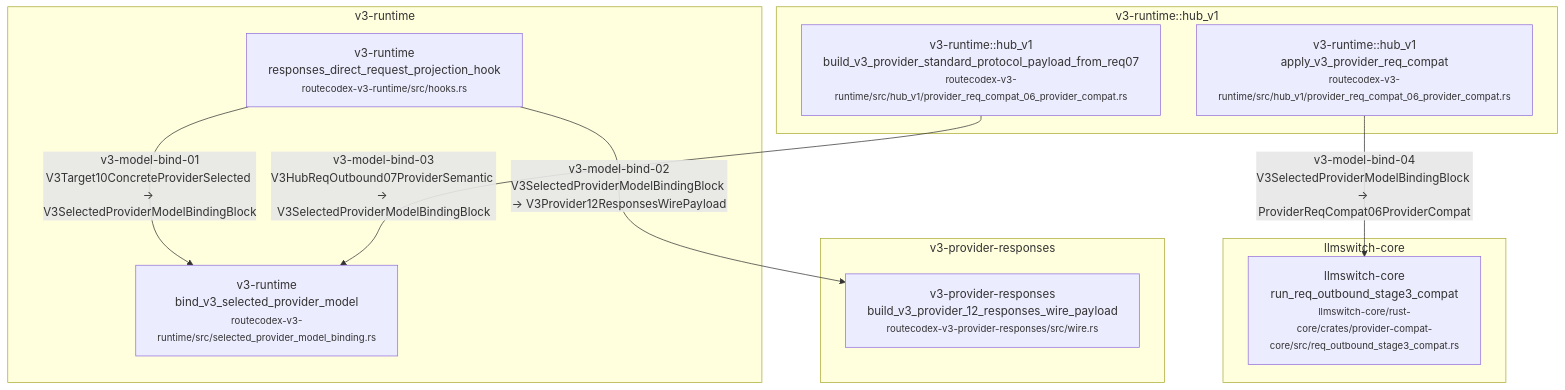
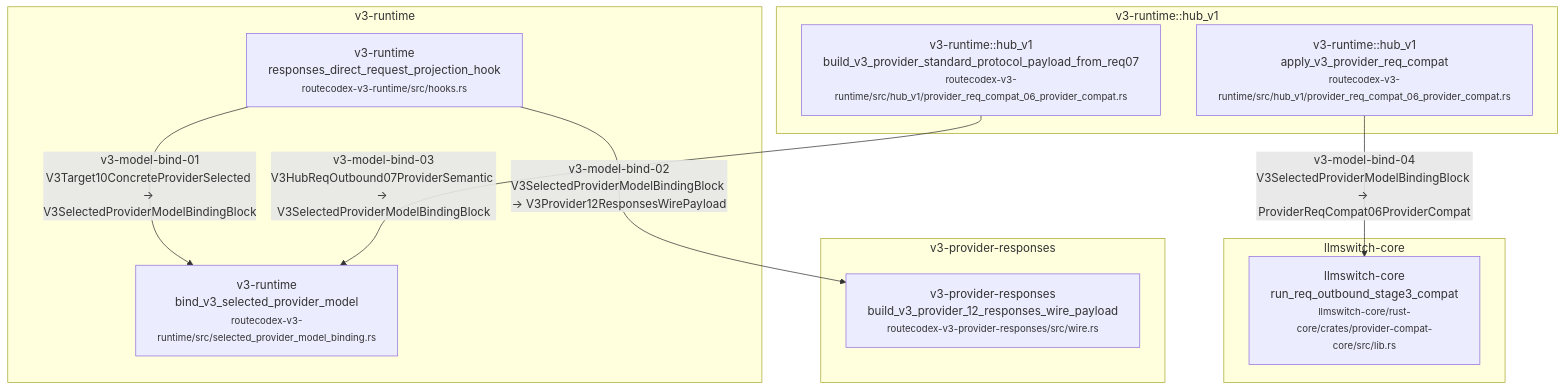
One commit to Jasonzhangf/routecodex changed diagram 39 of 39 in docs/architecture/wiki/v3-mainline-caller-flow.md. Above: the diagram before and after it, drawn with Mermaid. The commit also changed other lines of this file and 37 other files, not shown here.

````diff
--- a/docs/architecture/wiki/v3-mainline-caller-flow.md
+++ b/docs/architecture/wiki/v3-mainline-caller-flow.md
@@ -1626,21 +1626,21 @@
 ```mermaid
 flowchart TD
   subgraph c_37_v3_selected_provider_model_binding_m_llmswitch_core["llmswitch-core"]
-    c_37_v3_selected_provider_model_binding_5["llmswitch-core<br/>run_req_outbound_stage3_compat<br/><small>llmswitch-core/rust-core/crates/provider-compat-core/src/req_outbound_stage3_compat.rs</small>"]
+    c_37_v3_selected_provider_model_binding_5["llmswitch-core<br/>run_req_outbound_stage3_compat<br/><small>llmswitch-core/rust-core/crates/provider-compat-core/src/lib.rs</small>"]
   end
   subgraph c_37_v3_selected_provider_model_binding_m_v3_provider_responses["v3-provider-responses"]
     c_37_v3_selected_provider_model_binding_2["v3-provider-responses<br/>build_v3_provider_12_responses_wire_payload<br/><small>routecodex-v3-provider-responses/src/wire.rs</small>"]
   end
   subgraph c_37_v3_selected_provider_model_binding_m_v3_runtime["v3-runtime"]
     c_37_v3_selected_provider_model_binding_0["v3-runtime<br/>responses_direct_request_projection_hook<br/><small>routecodex-v3-runtime/src/hooks.rs</small>"]
     c_37_v3_selected_provider_model_binding_1["v3-runtime<br/>bind_v3_selected_provider_model<br/><small>routecodex-v3-runtime/src/selected_provider_model_binding.rs</small>"]
   end
   subgraph c_37_v3_selected_provider_model_binding_m_v3_runtime__hub_v1["v3-runtime::hub_v1"]
     c_37_v3_selected_provider_model_binding_3["v3-runtime::hub_v1<br/>build_v3_provider_standard_protocol_payload_from_req07<br/><small>routecodex-v3-runtime/src/hub_v1/provider_req_compat_06_provider_compat.rs</small>"]
     c_37_v3_selected_provider_model_binding_4["v3-runtime::hub_v1<br/>apply_v3_provider_req_compat<br/><small>routecodex-v3-runtime/src/hub_v1/provider_req_compat_06_provider_compat.rs</small>"]
   end
   c_37_v3_selected_provider_model_binding_0 -->|v3-model-bind-01<br/>V3Target10ConcreteProviderSelected → V3SelectedProviderModelBindingBlock| c_37_v3_selected_provider_model_binding_1
   c_37_v3_selected_provider_model_binding_0 -->|v3-model-bind-02<br/>V3SelectedProviderModelBindingBlock → V3Provider12ResponsesWirePayload| c_37_v3_selected_provider_model_binding_2
   c_37_v3_selected_provider_model_binding_3 -->|v3-model-bind-03<br/>V3HubReqOutbound07ProviderSemantic → V3SelectedProviderModelBindingBlock| c_37_v3_selected_provider_model_binding_1
   c_37_v3_selected_provider_model_binding_4 -->|v3-model-bind-04<br/>V3SelectedProviderModelBindingBlock → ProviderReqCompat06ProviderCompat| c_37_v3_selected_provider_model_binding_5
 ```
````
